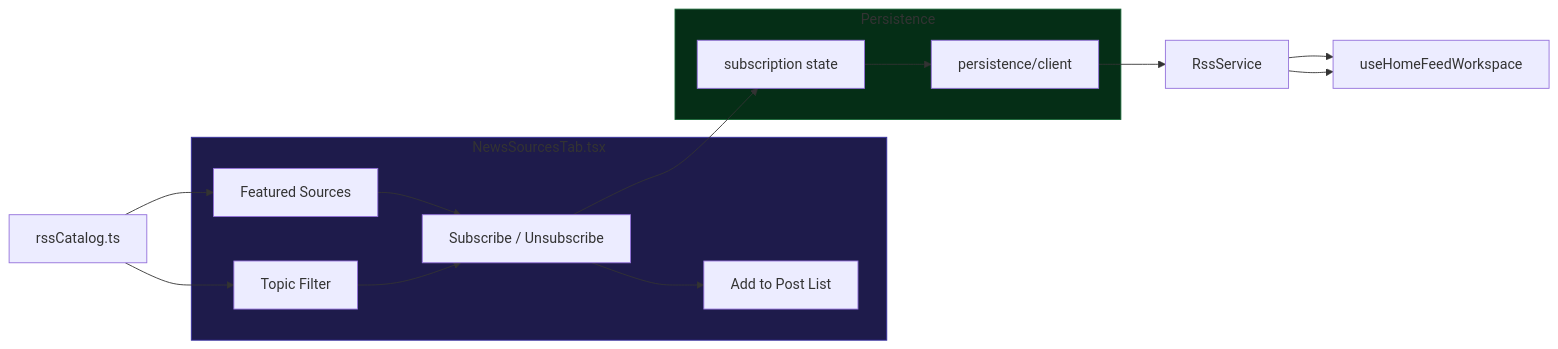
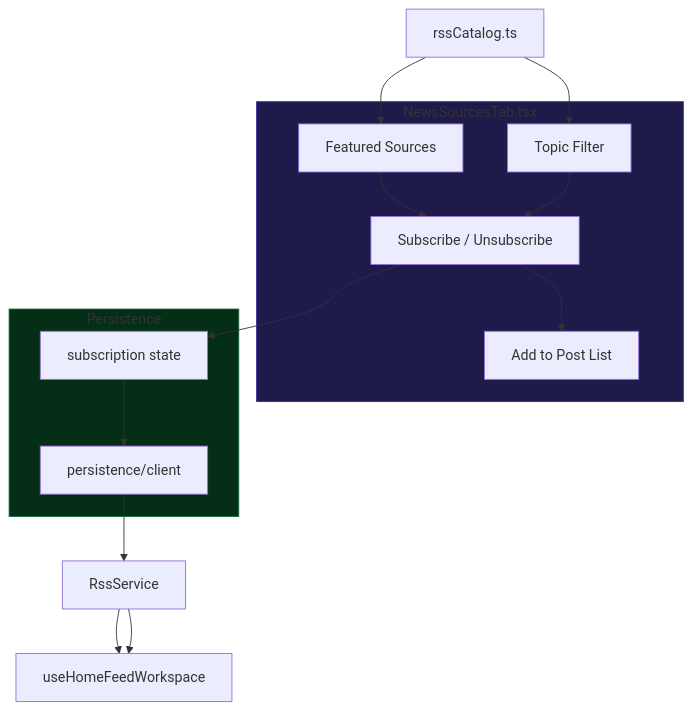
Before and after one commit to thefogusz/test: the diagram in docs/features/news-sources.md, drawn with Mermaid. The commit also changed 8 other files, not shown here.

Commit message:
Improve docs diagram readability and restore sidebar layout

````diff
--- a/docs/features/news-sources.md
+++ b/docs/features/news-sources.md
@@ -9,26 +9,31 @@
 ```mermaid
-flowchart LR
+flowchart TD
     CATALOG[rssCatalog.ts]
 
     subgraph UI["NewsSourcesTab.tsx"]
         FEATURED[Featured Sources]
         TOPIC[Topic Filter]
         TOGGLE[Subscribe / Unsubscribe]
         LISTASSIGN[Add to Post List]
     end
 
     subgraph Persist["Persistence"]
         STATE[subscription state]
         CLIENT[persistence/client]
     end
 
     RSS[RssService] --> HOME[useHomeFeedWorkspace]
 
-    CATALOG --> FEATURED & TOPIC
-    FEATURED & TOPIC --> TOGGLE
-    TOGGLE --> STATE --> CLIENT --> RSS --> HOME
+    CATALOG --> FEATURED
+    CATALOG --> TOPIC
+    FEATURED --> TOGGLE
+    TOPIC --> TOGGLE
+    TOGGLE --> STATE
+    STATE --> CLIENT
+    CLIENT --> RSS
+    RSS --> HOME
     TOGGLE --> LISTASSIGN
 
     style UI fill:#1e1b4b,stroke:#3730a3
     style Persist fill:#052e16,stroke:#166534
 ```
````
